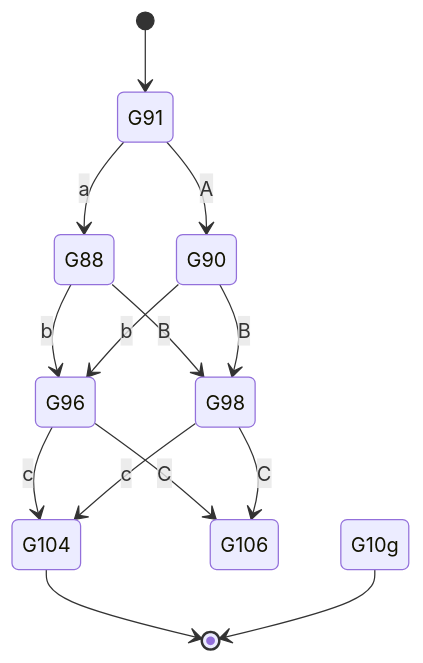
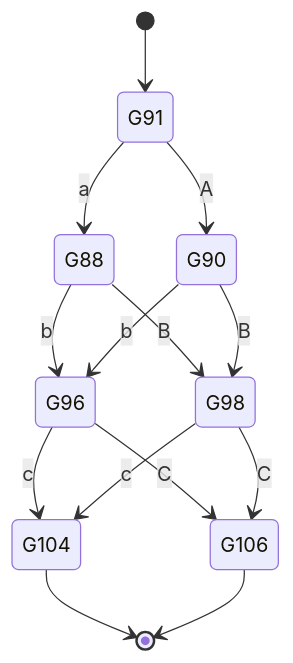
One commit to raganwald/raganwald.github.com changed diagram 30 of 39 in _posts/2019-09-21-regular-expressions.md. Above: the diagram before and after it, drawn with Mermaid. The commit also changed other lines of this file, not shown here.

```diff
--- a/_posts/2019-09-21-regular-expressions.md
+++ b/_posts/2019-09-21-regular-expressions.md
@@ -2915,16 +2917,16 @@
 <div class="mermaid">
 stateDiagram
   [*]-->G91
   G91-->G88 : a
   G91-->G90 : A
   G88-->G96 : b
   G88-->G98 : B
   G90-->G96 : b
   G90-->G98 : B
   G96-->G104 : c
   G96-->G106 : C
   G98-->G104 : c
   G98-->G106 : C
   G104-->[*]
-  G10g-->[*]
+  G106-->[*]
 </div>
```
